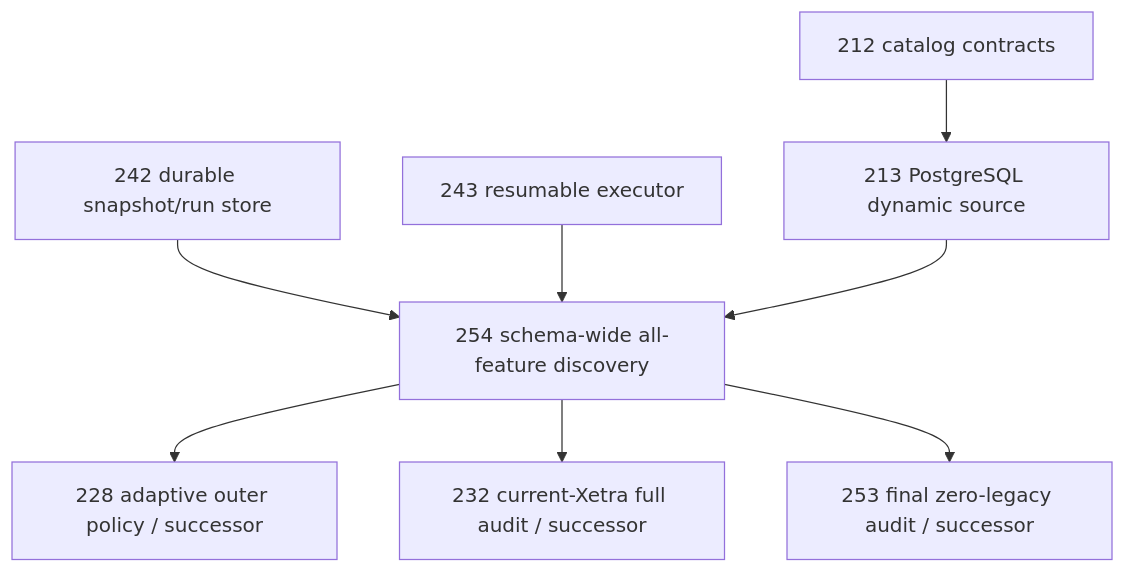
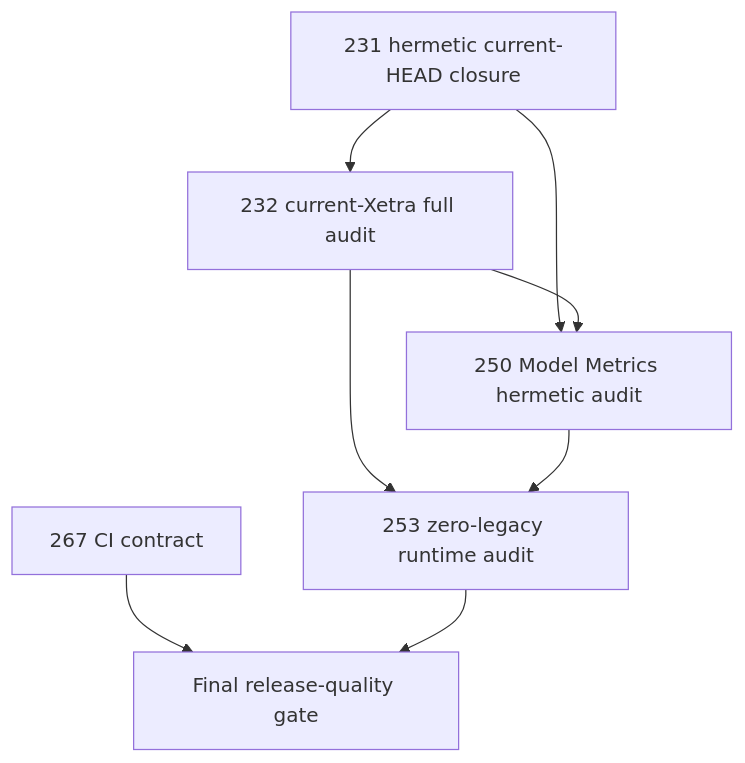
Before and after one commit to SergejSchweizer/regime-engine: the diagram in BACKLOG.md, drawn with Mermaid. The commit also changed other lines of this file, not shown here.

````diff
--- a/BACKLOG.md
+++ b/BACKLOG.md
@@ -2506,10 +124,10 @@
 ```mermaid
 flowchart TD
-    P212[212 catalog contracts] --> P213[213 PostgreSQL dynamic source]
-    P242[242 durable snapshot/run store] --> P254[254 schema-wide all-feature discovery]
-    P243[243 resumable executor] --> P254
-    P213 --> P254
-    P254 --> P228[228 adaptive outer policy / successor]
-    P254 --> P232[232 current-Xetra full audit / successor]
-    P254 --> P253[253 final zero-legacy audit / successor]
+    P267[267 CI contract] --> FINAL[Final release-quality gate]
+    P231[231 hermetic current-HEAD closure] --> P232[232 current-Xetra full audit]
+    P231 --> P250[250 Model Metrics hermetic audit]
+    P232 --> P250
+    P232 --> P253[253 zero-legacy runtime audit]
+    P250 --> P253
+    P253 --> FINAL
 ```
````
